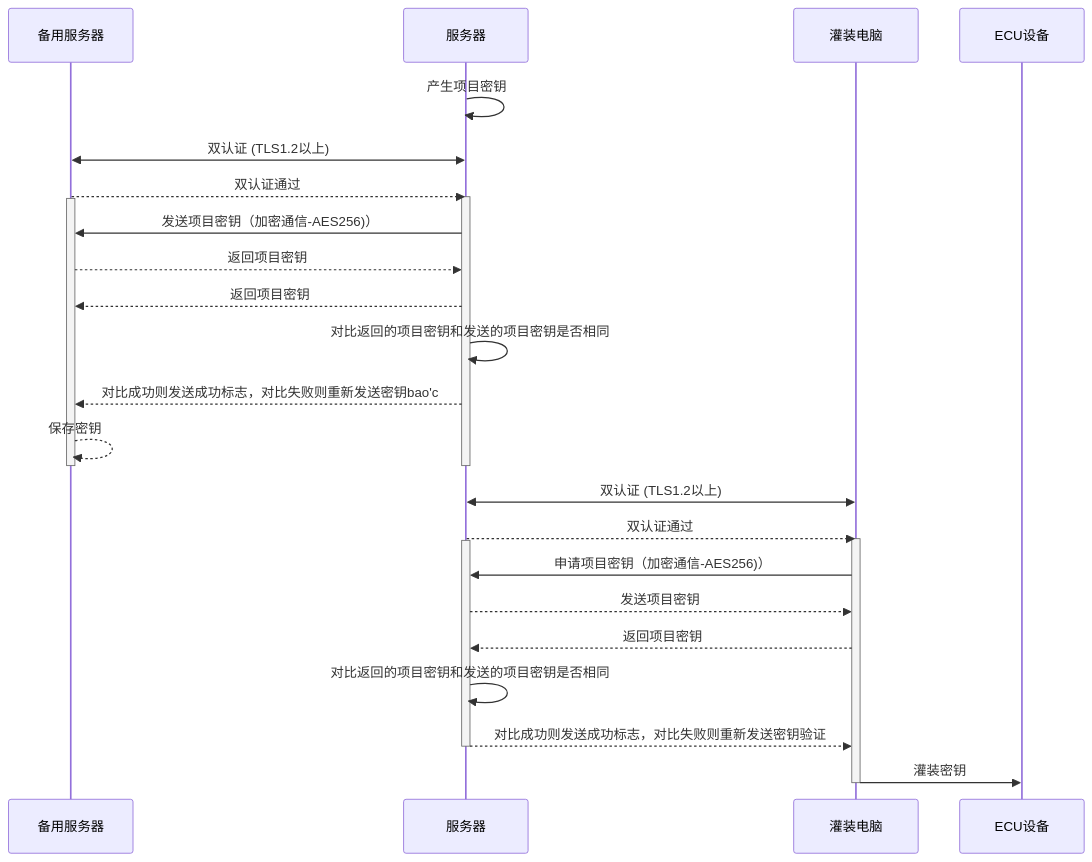
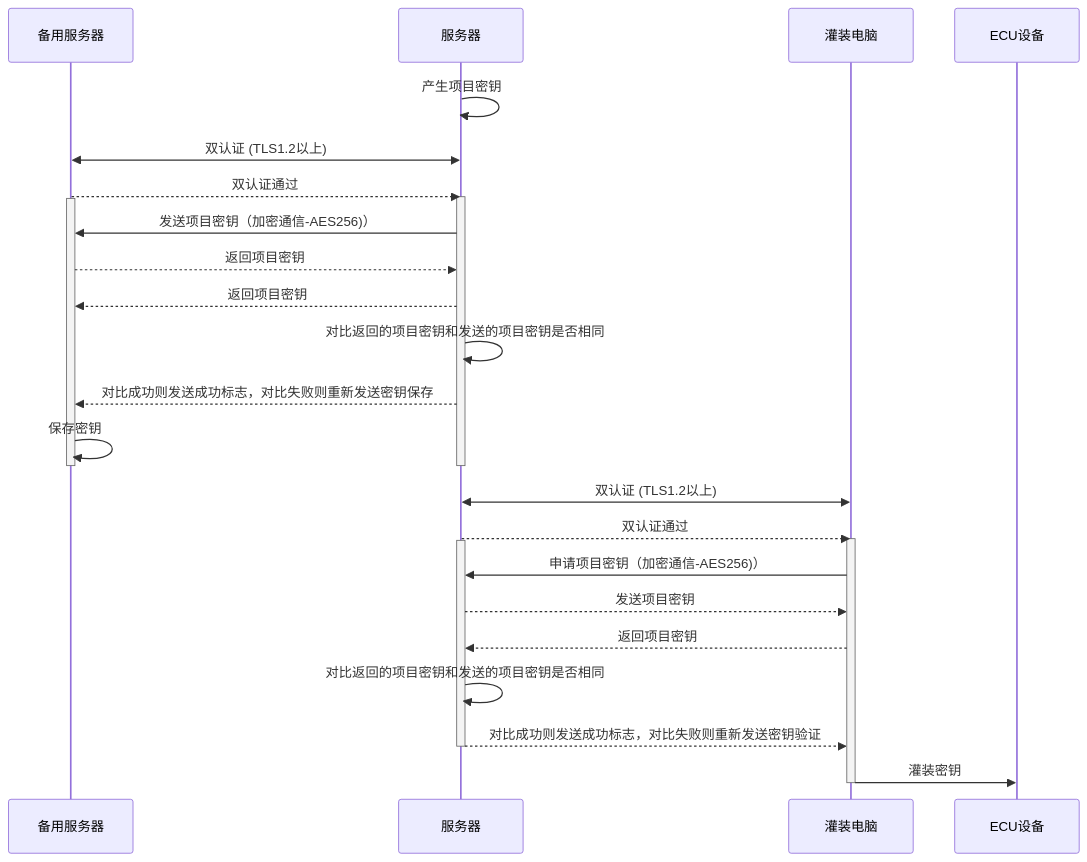
Before and after one commit to facebook-cloud/iodraw-files: the diagram in all/未命名-10.md, drawn with Mermaid.

Commit message:
2026-01-15 11:29:34 update

````diff
--- a/all/未命名-10.md
+++ b/all/未命名-10.md
@@ -1,35 +1,35 @@
 ```mermaid
 sequenceDiagram
     participant B as 备用服务器
     participant A as 服务器
     participant C as 灌装电脑
     participant D as ECU设备
 
     A->>A: 产生项目密钥
     A<<->>B: 双认证 (TLS1.2以上)
     B-->>A: 双认证通过
     activate A
     activate B
     A->>B: 发送项目密钥（加密通信-AES256)）
     B-->>A: 返回项目密钥
     A-->>B: 返回项目密钥
     A->>A: 对比返回的项目密钥和发送的项目密钥是否相同
-    A-->>B: 对比成功则发送成功标志，对比失败则重新发送密钥bao'c
-    B-->>B: 保存密钥
+    A-->>B: 对比成功则发送成功标志，对比失败则重新发送密钥保存
+    B->>B: 保存密钥
     deactivate B
     deactivate A
 
     C<<->>A: 双认证 (TLS1.2以上)
     A-->>C: 双认证通过
     activate C
     activate A
     C->>A: 申请项目密钥（加密通信-AES256)）
     A-->>C: 发送项目密钥
     C-->>A: 返回项目密钥
     A->>A: 对比返回的项目密钥和发送的项目密钥是否相同
     A-->>C: 对比成功则发送成功标志，对比失败则重新发送密钥验证
     deactivate A
     C->>D: 灌装密钥
     deactivate C
 
 ```
````
